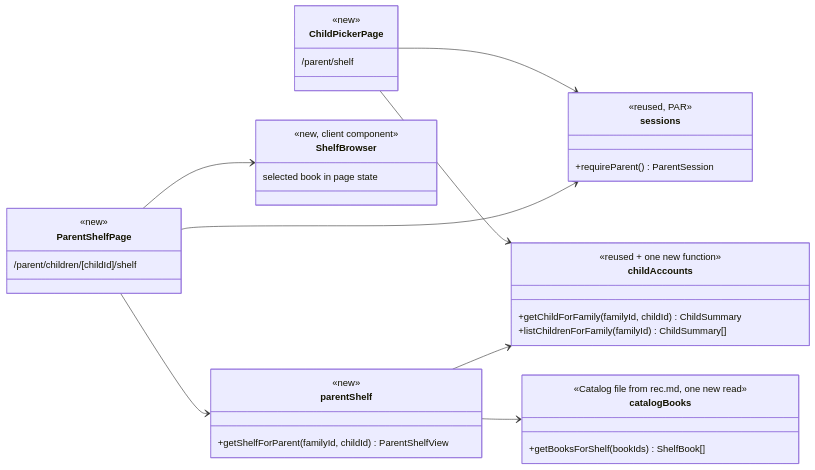
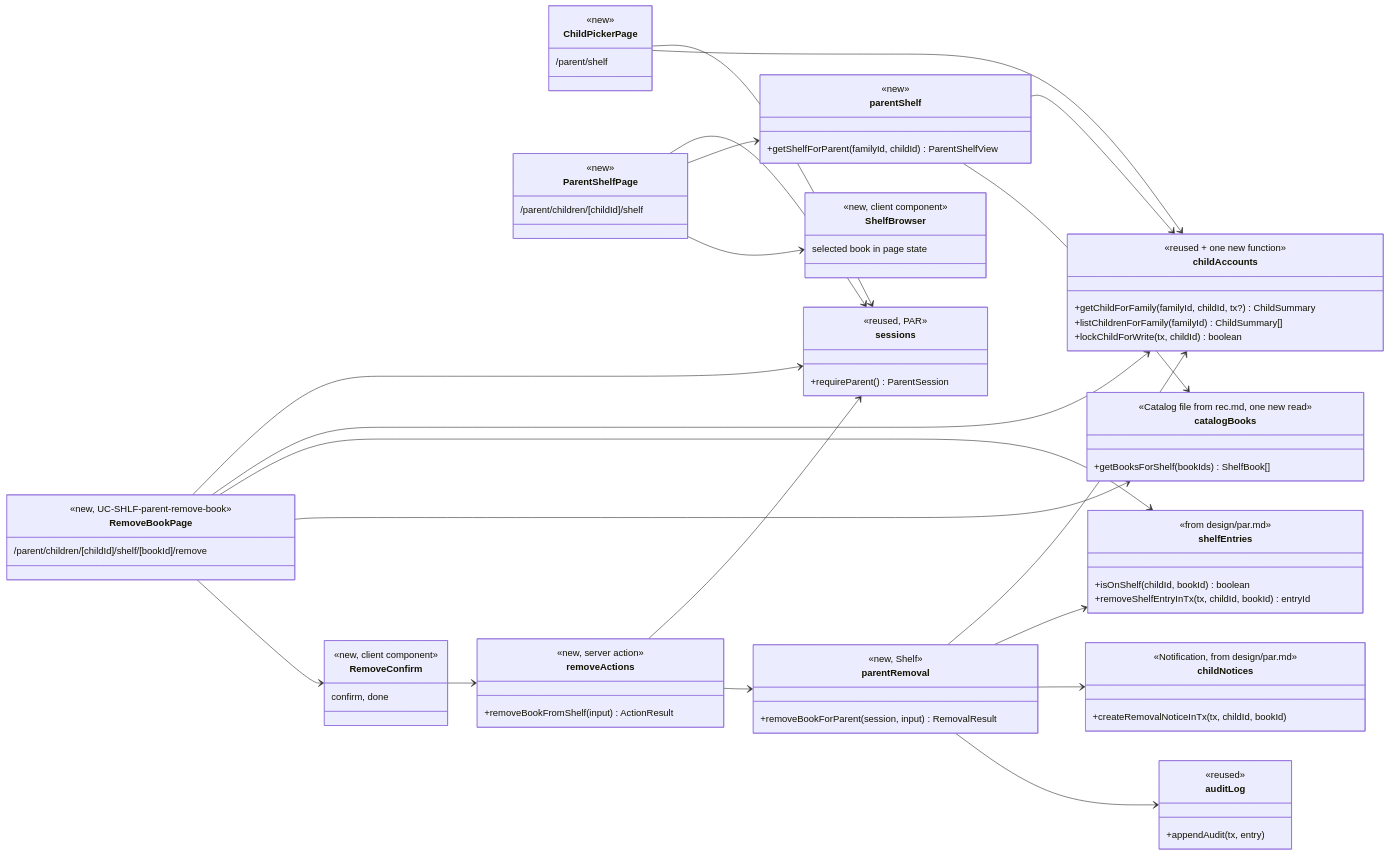
The first of 10 diagrams in design/shlf.md (videogames21/book_buddies), drawn with Mermaid before and after one commit. The commit also changed other lines of this file and 3 other files, not shown here.

Commit message:
Design UC-SHLF-parent-remove-book

````diff
--- a/design/shlf.md
+++ b/design/shlf.md
@@ -27,40 +31,82 @@
 ```mermaid
 classDiagram
     direction LR
     class ChildPickerPage {
         <<new>>
         /parent/shelf
     }
     class ParentShelfPage {
         <<new>>
         /parent/children/[childId]/shelf
     }
     class ShelfBrowser {
         <<new, client component>>
         selected book in page state
     }
     class parentShelf {
         <<new>>
         +getShelfForParent(familyId, childId) ParentShelfView
     }
     class childAccounts {
         <<reused + one new function>>
-        +getChildForFamily(familyId, childId) ChildSummary
+        +getChildForFamily(familyId, childId, tx?) ChildSummary
         +listChildrenForFamily(familyId) ChildSummary[]
+        +lockChildForWrite(tx, childId) boolean
     }
     class catalogBooks {
         <<Catalog file from rec.md, one new read>>
         +getBooksForShelf(bookIds) ShelfBook[]
     }
     class sessions {
         <<reused, PAR>>
         +requireParent() ParentSession
     }
+    class RemoveBookPage {
+        <<new, UC-SHLF-parent-remove-book>>
+        /parent/children/[childId]/shelf/[bookId]/remove
+    }
+    class RemoveConfirm {
+        <<new, client component>>
+        confirm, done
+    }
+    class removeActions {
+        <<new, server action>>
+        +removeBookFromShelf(input) ActionResult
+    }
+    class parentRemoval {
+        <<new, Shelf>>
+        +removeBookForParent(session, input) RemovalResult
+    }
+    class shelfEntries {
+        <<from design/par.md>>
+        +isOnShelf(childId, bookId) boolean
+        +removeShelfEntryInTx(tx, childId, bookId) entryId
+    }
+    class childNotices {
+        <<Notification, from design/par.md>>
+        +createRemovalNoticeInTx(tx, childId, bookId)
+    }
+    class auditLog {
+        <<reused>>
+        +appendAudit(tx, entry)
+    }
     ChildPickerPage --> sessions
     ChildPickerPage --> childAccounts
     ParentShelfPage --> sessions
     ParentShelfPage --> parentShelf
     ParentShelfPage --> ShelfBrowser
     parentShelf --> childAccounts
     parentShelf --> catalogBooks
+    RemoveBookPage --> sessions
+    RemoveBookPage --> childAccounts
+    RemoveBookPage --> shelfEntries
+    RemoveBookPage --> catalogBooks
+    RemoveBookPage --> RemoveConfirm
+    RemoveConfirm --> removeActions
+    removeActions --> sessions
+    removeActions --> parentRemoval
+    parentRemoval --> childAccounts
+    parentRemoval --> shelfEntries
+    parentRemoval --> childNotices
+    parentRemoval --> auditLog
 ```
````
